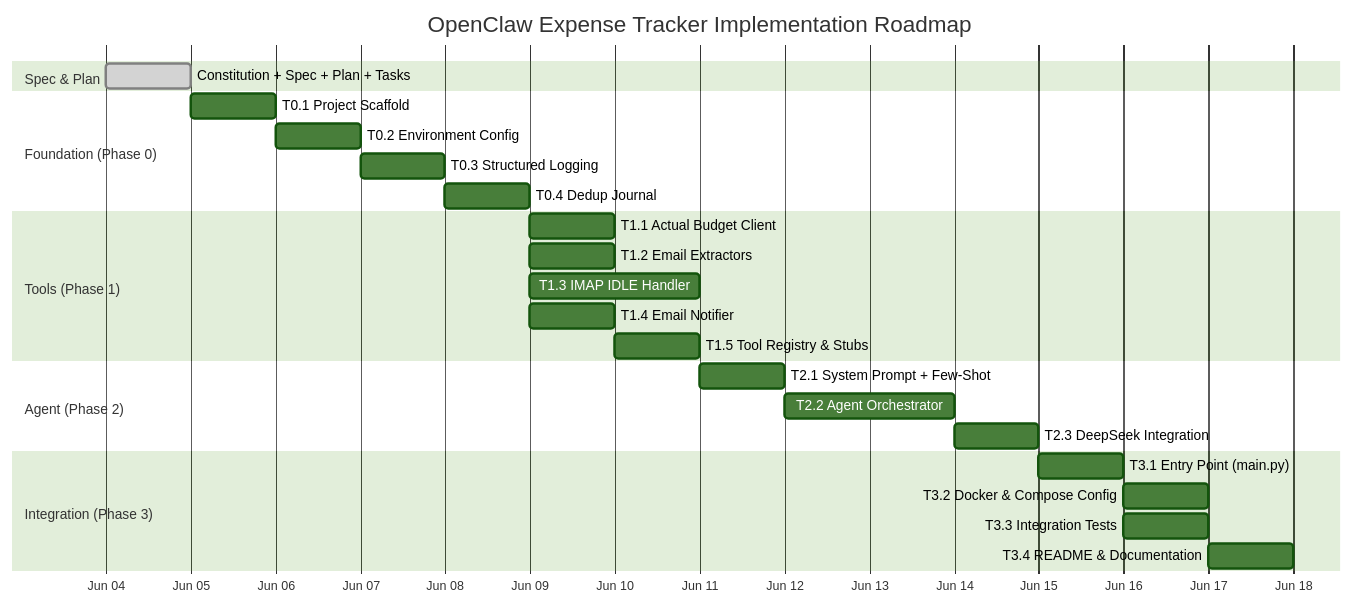
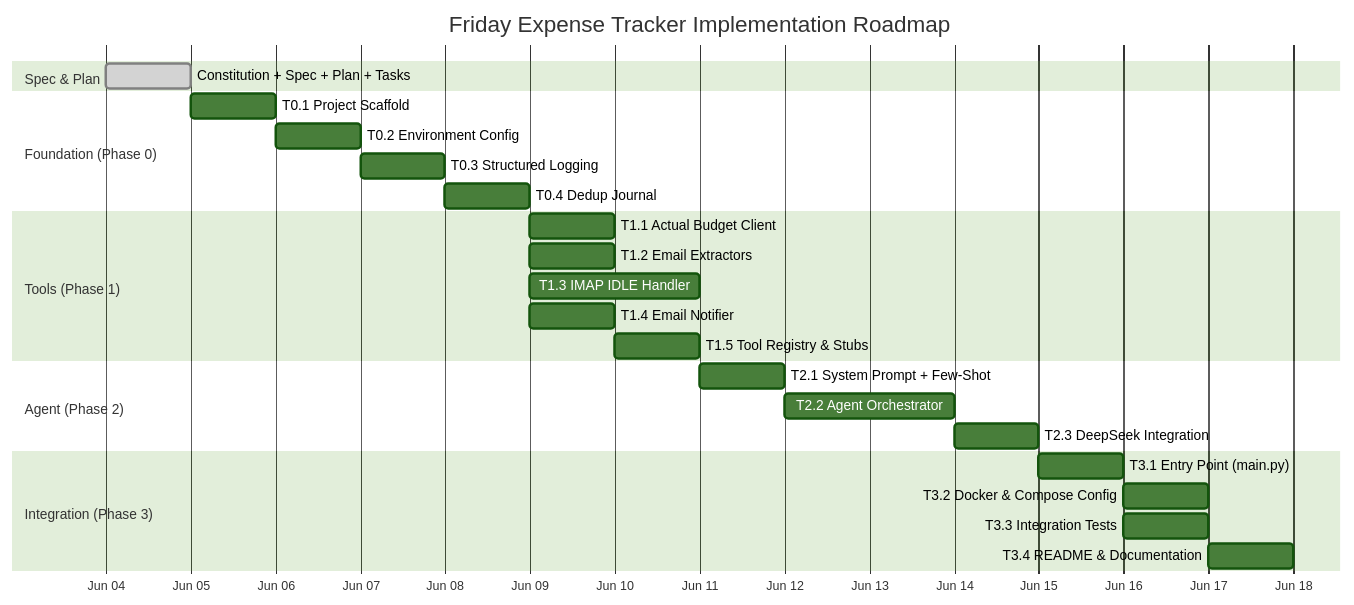
One commit to darrencjh8/darren-openclaw changed the eighth of 8 diagrams in design.md. Above: the diagram before and after it, drawn with Mermaid (forest theme). The commit also changed other lines of this file and 17 other files, not shown here.

````diff
--- a/design.md
+++ b/design.md
@@ -727,33 +662,33 @@
 ```mermaid
 gantt
-    title OpenClaw Expense Tracker Implementation Roadmap
+    title Friday Expense Tracker Implementation Roadmap
     dateFormat  YYYY-MM-DD
     axisFormat  %b %d
     
     section Spec & Plan
     Constitution + Spec + Plan + Tasks    :done, spec, 2026-06-04, 1d
     
     section Foundation (Phase 0)
     T0.1 Project Scaffold                  :t01, after spec, 0.5d
     T0.2 Environment Config                :t02, after t01, 0.5d
     T0.3 Structured Logging                :t03, after t02, 0.5d
     T0.4 Dedup Journal                     :t04, after t03, 0.5d
     
     section Tools (Phase 1)
     T1.1 Actual Budget Client              :t11, after t04, 1d
     T1.2 Email Extractors                  :t12, after t04, 1d
     T1.3 IMAP IDLE Handler                 :t13, after t04, 1.5d
     T1.4 Email Notifier                    :t14, after t04, 0.5d
     T1.5 Tool Registry & Stubs             :t15, after t11, 1d
     
     section Agent (Phase 2)
     T2.1 System Prompt + Few-Shot          :t21, after t15, 0.5d
     T2.2 Agent Orchestrator                :t22, after t21, 1.5d
     T2.3 DeepSeek Integration              :t23, after t22, 0.5d
     
     section Integration (Phase 3)
     T3.1 Entry Point (main.py)             :t31, after t23, 1d
     T3.2 Docker & Compose Config            :t32, after t31, 0.5d
     T3.3 Integration Tests                 :t33, after t31, 1d
     T3.4 README & Documentation            :t34, after t32, 0.5d
 ```
````
